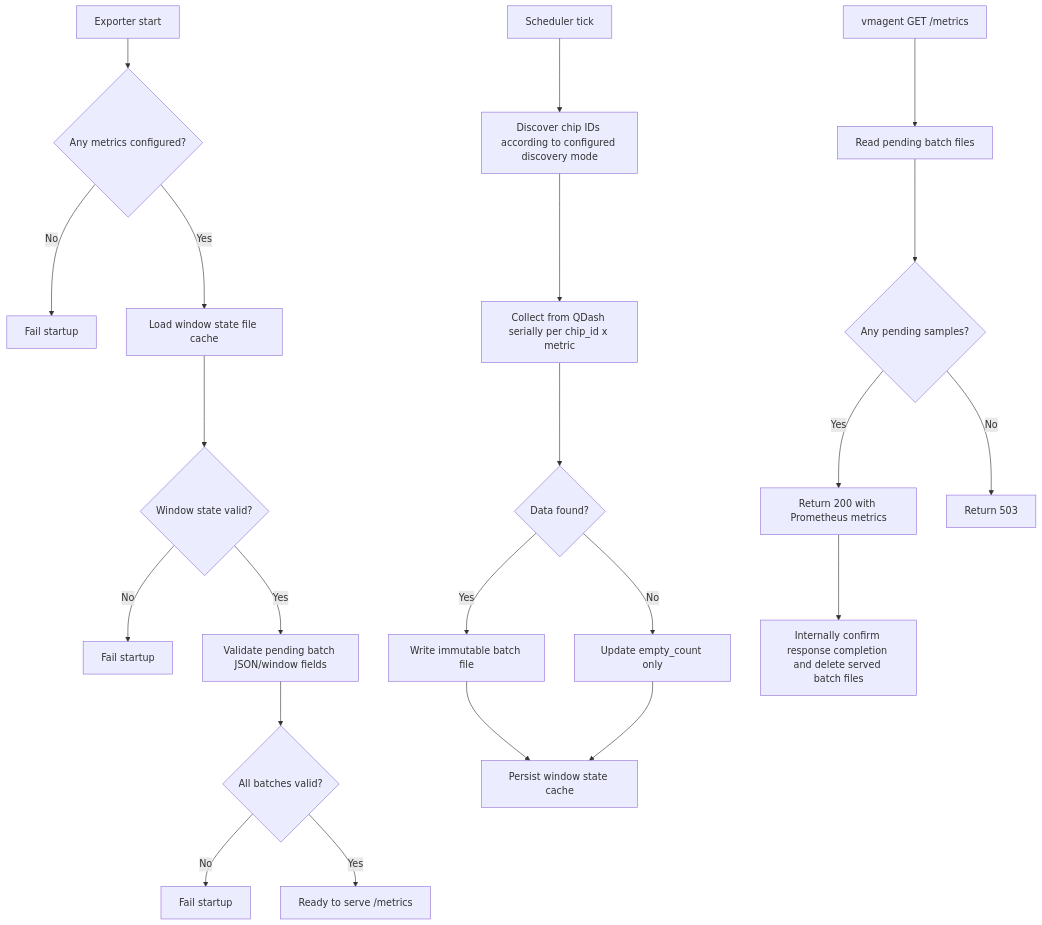
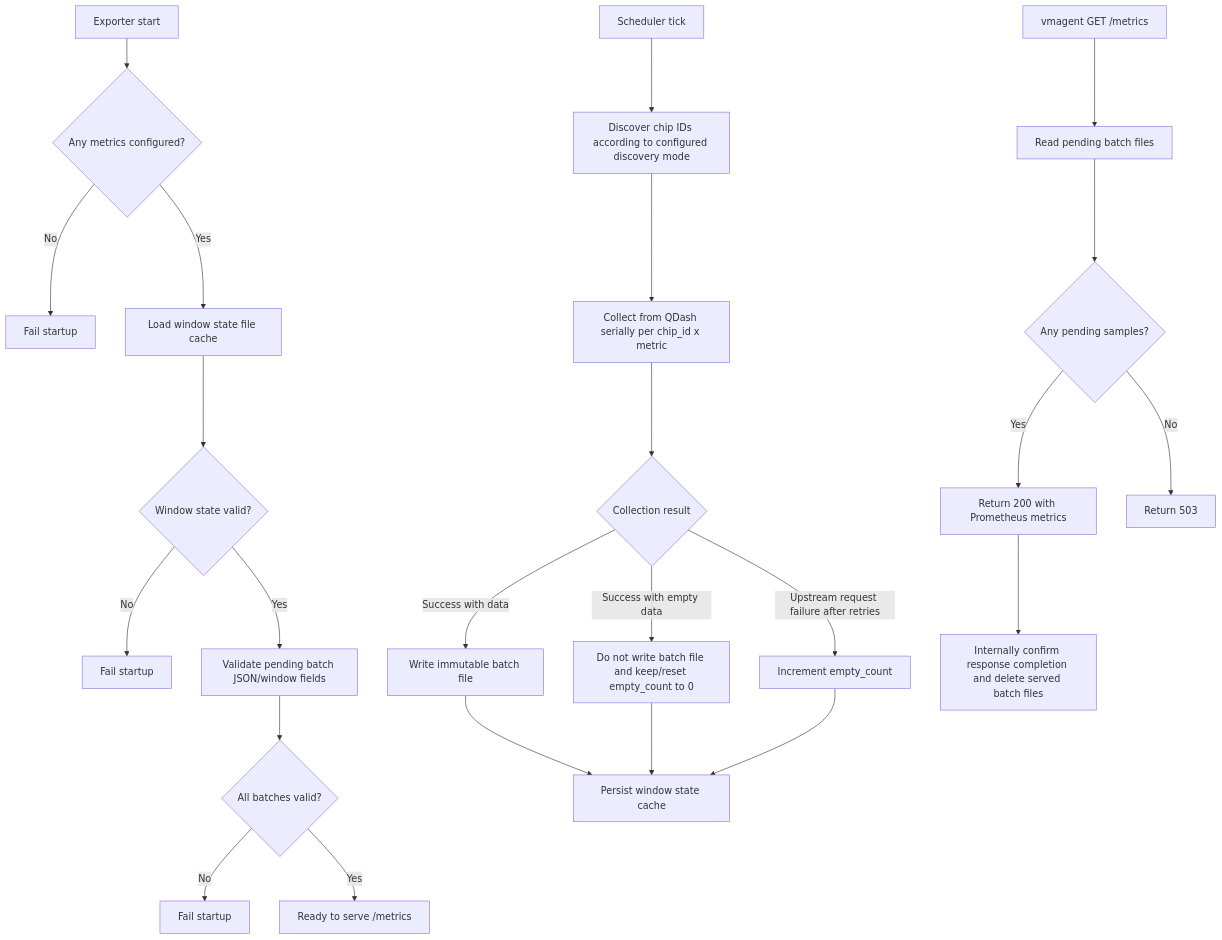
One commit to oqtopus-team/oqtopus-device-monitoring changed the first of 4 diagrams in docs/custom-exporters/qdash-exporter.md. Above: the diagram before and after it, drawn with Mermaid. The commit also changed other lines of this file, not shown here.

````diff
--- a/docs/custom-exporters/qdash-exporter.md
+++ b/docs/custom-exporters/qdash-exporter.md
@@ -46,26 +47,28 @@
 ```mermaid
 flowchart TD
   A[Exporter start] --> A1{Any metrics configured?}
   A1 -->|No| A2[Fail startup]
   A1 -->|Yes| A3[Load window state file cache]
   A3 --> A3a{Window state valid?}
   A3a -->|No| A3b[Fail startup]
   A3a -->|Yes| A4[Validate pending batch JSON/window fields]
   A4 --> A4a{All batches valid?}
   A4a -->|No| A4b[Fail startup]
   A4a -->|Yes| A5[Ready to serve /metrics]
 
   B[Scheduler tick] --> B1[Discover chip IDs according to configured discovery mode]
   B1 --> C[Collect from QDash serially per chip_id x metric]
-  C --> D{Data found?}
-  D -->|Yes| E[Write immutable batch file]
-  D -->|No| F[Update empty_count only]
+  C --> D{Collection result}
+  D -->|Success with data| E[Write immutable batch file]
+  D -->|Success with empty data| F[Do not write batch file and keep/reset empty_count to 0]
+  D -->|Upstream request failure after retries| X[Increment empty_count]
   E --> G[Persist window state cache]
   F --> G
+  X --> G
 
   H[vmagent GET /metrics] --> I[Read pending batch files]
   I --> J{Any pending samples?}
   J -->|Yes| K[Return 200 with Prometheus metrics]
   J -->|No| L[Return 503]
   K --> M[Internally confirm response completion and delete served batch files]
 ```
````
